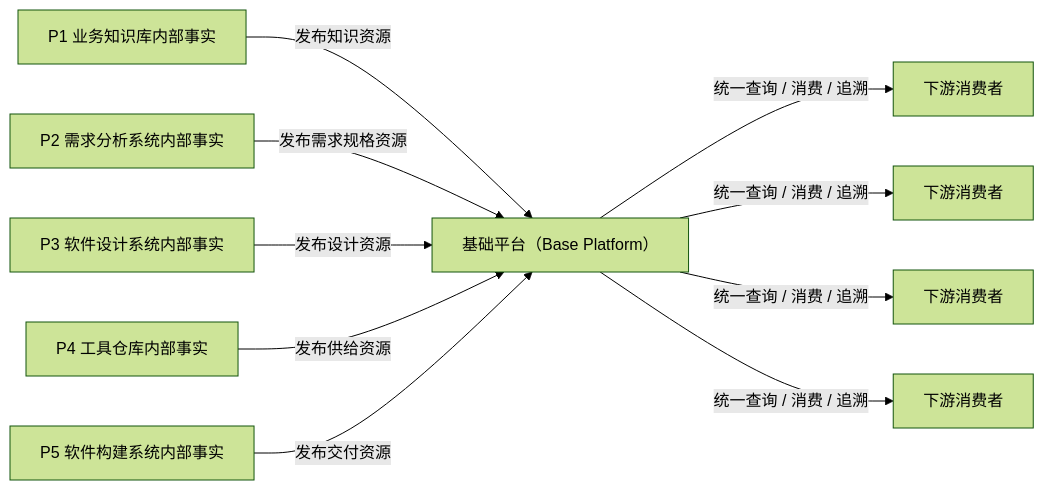
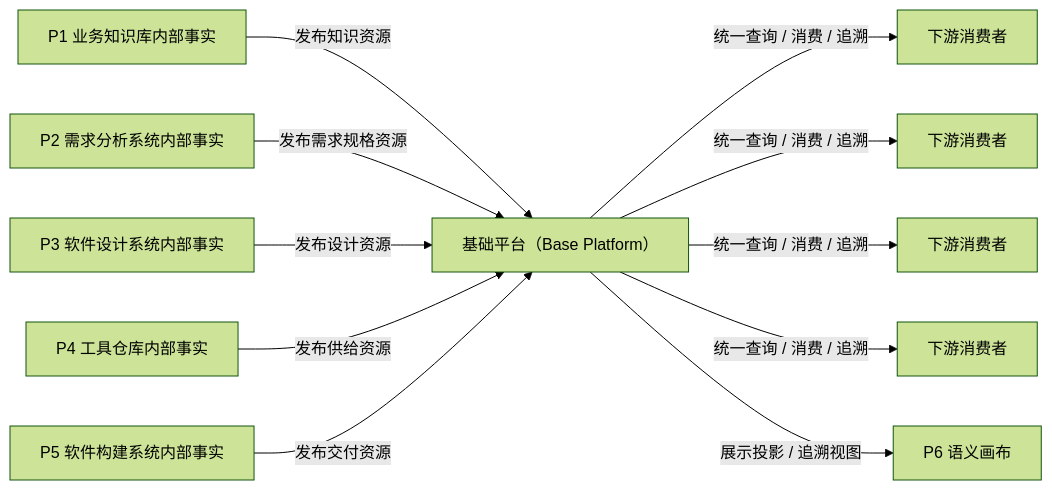
The first of 8 diagrams in DOC/CODEX_DOC/02_设计说明/BasePlatform_基础平台/BasePlatform-平台数据资源底座设计.md (wgwtest/CodeFactoryV2), drawn with Mermaid (forest theme) before and after one commit. The commit also changed other lines of this file and 19 other files, not shown here.

````diff
--- a/DOC/CODEX_DOC/02_设计说明/BasePlatform_基础平台/BasePlatform-平台数据资源底座设计.md
+++ b/DOC/CODEX_DOC/02_设计说明/BasePlatform_基础平台/BasePlatform-平台数据资源底座设计.md
@@ -121,13 +192,14 @@
 ```mermaid
 flowchart LR
   P1["P1 业务知识库内部事实"] -->|"发布知识资源"| BP["基础平台（Base Platform）"]
   P2["P2 需求分析系统内部事实"] -->|"发布需求规格资源"| BP
   P3["P3 软件设计系统内部事实"] -->|"发布设计资源"| BP
   P4["P4 工具仓库内部事实"] -->|"发布供给资源"| BP
   P5["P5 软件构建系统内部事实"] -->|"发布交付资源"| BP
 
   BP -->|"统一查询 / 消费 / 追溯"| P2C["下游消费者"]
   BP -->|"统一查询 / 消费 / 追溯"| P3C["下游消费者"]
   BP -->|"统一查询 / 消费 / 追溯"| P4C["下游消费者"]
   BP -->|"统一查询 / 消费 / 追溯"| P5C["下游消费者"]
+  BP -->|"展示投影 / 追溯视图"| P6["P6 语义画布"]
 ```
````
